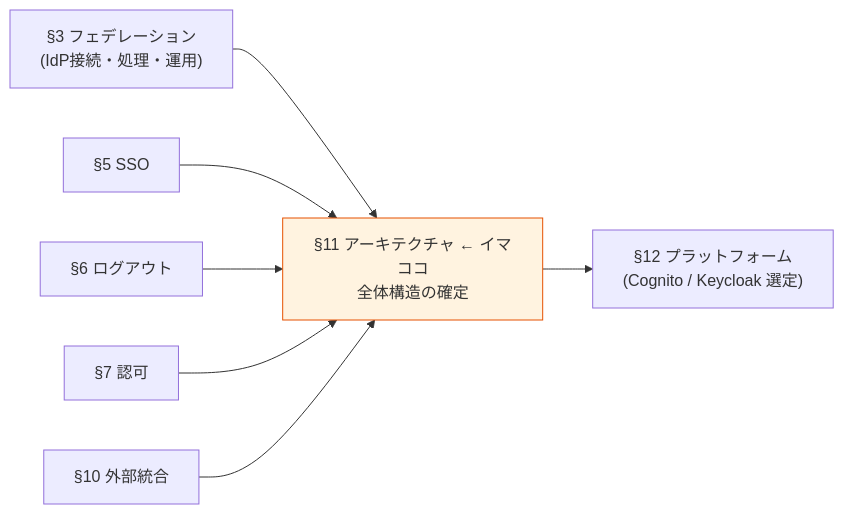
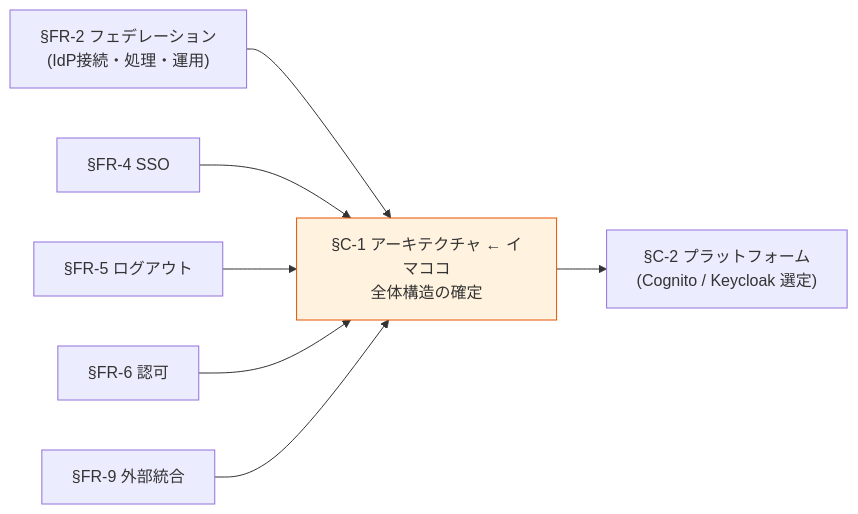
One commit to suepie/aws-atuh-poc changed the first of 6 diagrams in doc/requirements/proposal/common/01-architecture.md. Above: the diagram before and after it, drawn with Mermaid. The commit also changed other lines of this file and 30 other files, not shown here.

````diff
--- a/doc/requirements/proposal/common/01-architecture.md
+++ b/doc/requirements/proposal/common/01-architecture.md
@@ -23,19 +23,19 @@
 ```mermaid
 flowchart LR
-    S3["§3 フェデレーション<br/>(IdP接続・処理・運用)"]
-    S5["§5 SSO"]
-    S6["§6 ログアウト"]
-    S7["§7 認可"]
-    S10["§10 外部統合"]
-    S11["§11 アーキテクチャ ← イマココ<br/>全体構造の確定"]
-    S12["§12 プラットフォーム<br/>(Cognito / Keycloak 選定)"]
+    S3["§FR-2 フェデレーション<br/>(IdP接続・処理・運用)"]
+    S5["§FR-4 SSO"]
+    S6["§FR-5 ログアウト"]
+    S7["§FR-6 認可"]
+    S10["§FR-9 外部統合"]
+    S11["§C-1 アーキテクチャ ← イマココ<br/>全体構造の確定"]
+    S12["§C-2 プラットフォーム<br/>(Cognito / Keycloak 選定)"]
 
     S3 --> S11
     S5 --> S11
     S6 --> S11
     S7 --> S11
     S10 --> S11
     S11 --> S12
 
     style S11 fill:#fff3e0,stroke:#e65100
 ```
````
